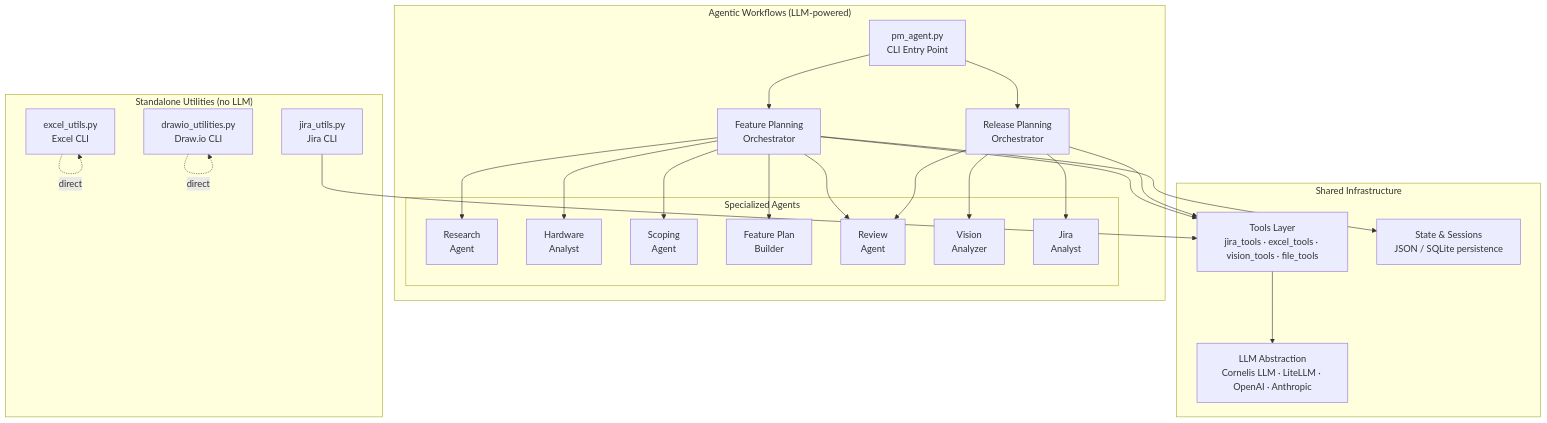
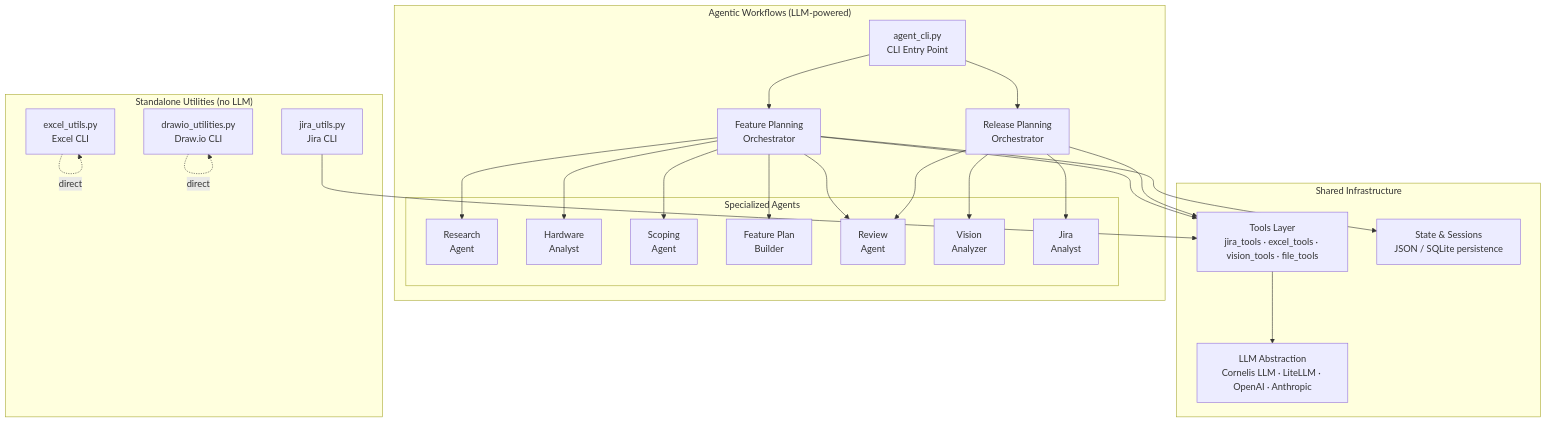
One commit to jmac-cornelis/agent-workforce changed the diagram in docs/diagrams/system-overview.mmd. Above: the diagram before and after it, drawn with Mermaid. The commit also changed 20 other files, not shown here.

Commit message:
Rename pm_agent.py to agent_cli.py and update all references to agent-cli

```diff
--- a/docs/diagrams/system-overview.mmd
+++ b/docs/diagrams/system-overview.mmd
@@ -1,47 +1,47 @@
 graph TB
     subgraph "Agentic Workflows (LLM-powered)"
-        PM["pm_agent.py<br/>CLI Entry Point"]
+        PM["agent_cli.py<br/>CLI Entry Point"]
         FPO["Feature Planning<br/>Orchestrator"]
         RPO["Release Planning<br/>Orchestrator"]
 
         subgraph "Specialized Agents"
             RA["Research<br/>Agent"]
             HA["Hardware<br/>Analyst"]
             SA["Scoping<br/>Agent"]
             FPB["Feature Plan<br/>Builder"]
             RVA["Review<br/>Agent"]
             VA["Vision<br/>Analyzer"]
             JA["Jira<br/>Analyst"]
         end
 
         PM --> FPO
         PM --> RPO
         FPO --> RA
         FPO --> HA
         FPO --> SA
         FPO --> FPB
         FPO --> RVA
         RPO --> VA
         RPO --> JA
         RPO --> RVA
     end
 
     subgraph "Standalone Utilities (no LLM)"
         JU["jira_utils.py<br/>Jira CLI"]
         EU["excel_utils.py<br/>Excel CLI"]
         DU["drawio_utilities.py<br/>Draw.io CLI"]
     end
 
     subgraph "Shared Infrastructure"
         TL["Tools Layer<br/>jira_tools · excel_tools · vision_tools · file_tools"]
         LLM["LLM Abstraction<br/>Cornelis LLM · LiteLLM · OpenAI · Anthropic"]
         SS["State & Sessions<br/>JSON / SQLite persistence"]
     end
 
     FPO --> TL
     RPO --> TL
     TL --> LLM
     FPO --> SS
     JU --> TL
     EU -.->|"direct"| EU
     DU -.->|"direct"| DU
```
